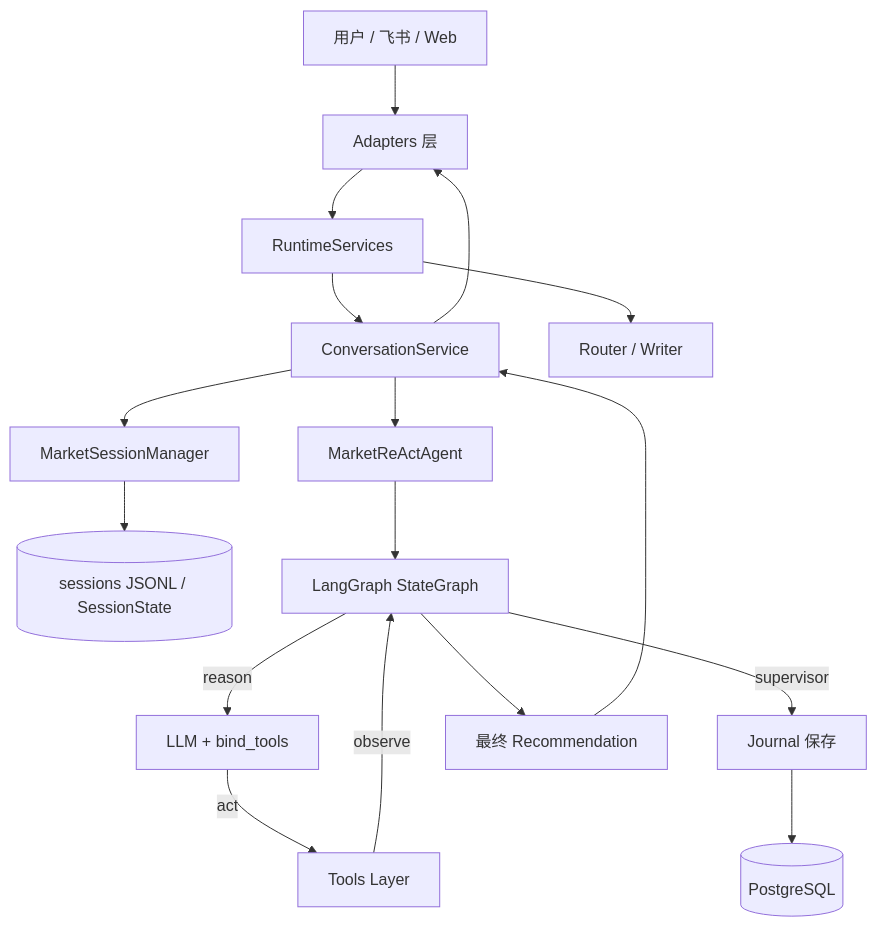
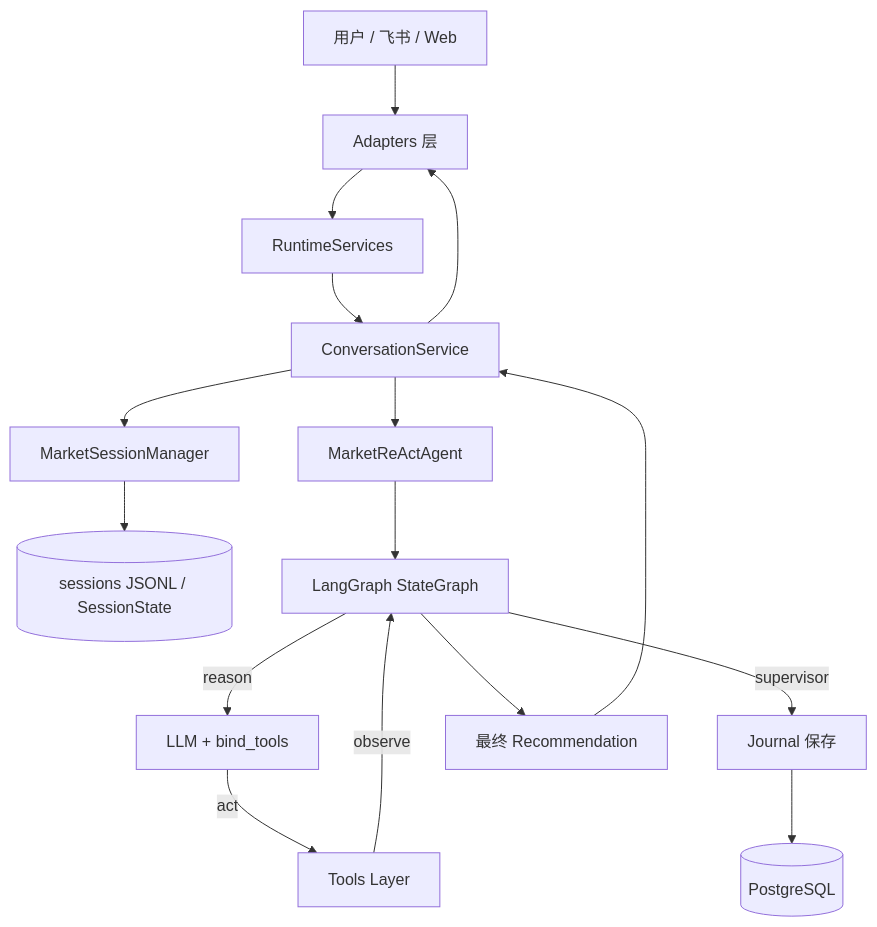
Before and after one commit to 7Gosts/MarketAssAgent: the diagram in docs/00_PROJECT_ARCHITECTURE.md, drawn with Mermaid. The commit also changed other lines of this file and 9 other files, not shown here.

Commit message:
refactor: remove legacy router/writer paths and simplify envelope flow

````diff
--- a/docs/00_PROJECT_ARCHITECTURE.md
+++ b/docs/00_PROJECT_ARCHITECTURE.md
@@ -14,19 +14,18 @@
 ```mermaid
 flowchart TD
     User[用户 / 飞书 / Web] --> Adapters[Adapters 层]
     Adapters --> Runtime[RuntimeServices]
     Runtime --> Conv[ConversationService]
-    Runtime --> Router[Router / Writer]
     Conv --> Memory[MarketSessionManager]
     Memory --> Sessions[(sessions JSONL / SessionState)]
     Conv --> Agent[MarketReActAgent]
     Agent --> Graph[LangGraph StateGraph]
     Graph -->|reason| LLM[LLM + bind_tools]
     LLM -->|act| Tools[Tools Layer]
     Tools -->|observe| Graph
     Graph -->|supervisor| Persistence[Journal 保存]
     Persistence --> DB[(PostgreSQL)]
     Graph --> Response[最终 Recommendation]
     Response --> Conv
     Conv --> Adapters
 ```
````
